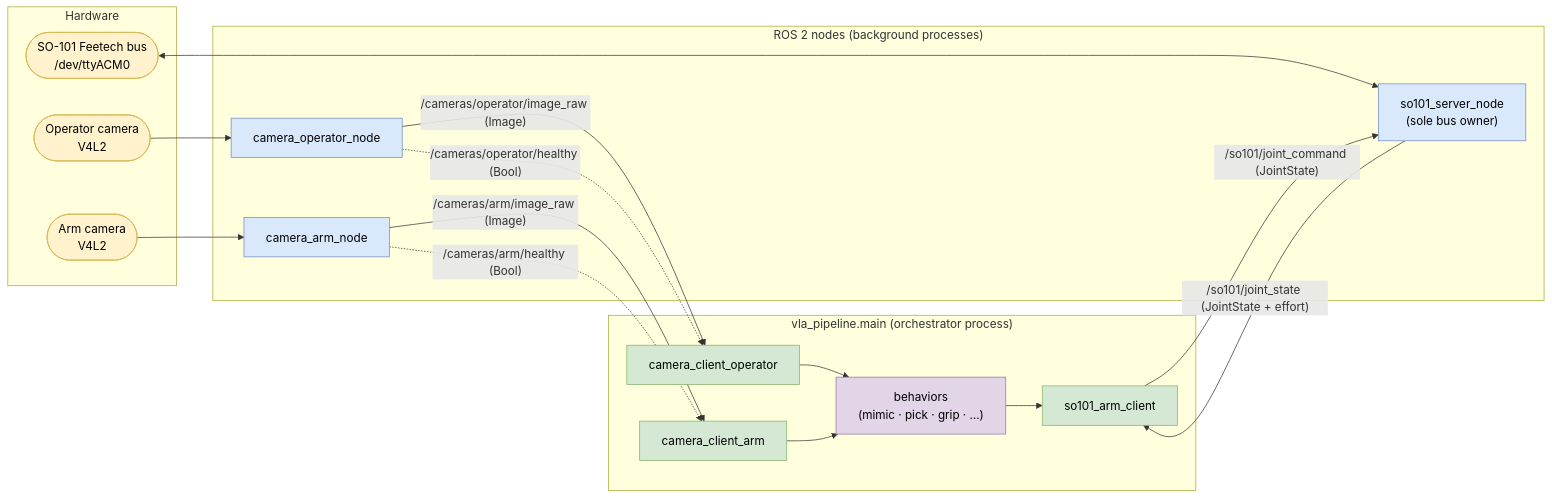
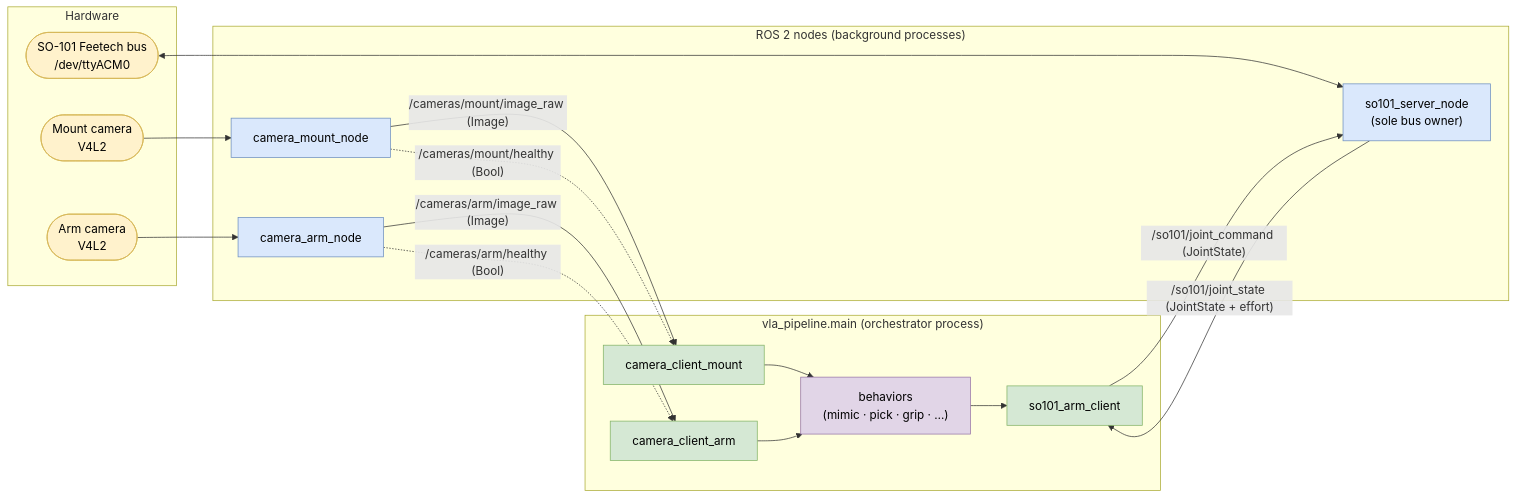
Before and after one commit to ThomasGmeinder/embedded-x86-ai: the third of 3 diagrams in workshops/vvla-pipeline/README.md, drawn with Mermaid. The commit also changed other lines of this file and 62 other files, not shown here.

First line of the commit message:
Restore main's names and safety: "mount" camera, DirectArm, no pick on an uncalibrated real arm

````diff
--- a/workshops/vvla-pipeline/README.md
+++ b/workshops/vvla-pipeline/README.md
@@ -188,42 +188,42 @@
 ```mermaid
 flowchart LR
     subgraph DEVICES["Hardware"]
-        MC([Operator camera<br/>V4L2]):::hw
+        MC([Mount camera<br/>V4L2]):::hw
         AC([Arm camera<br/>V4L2]):::hw
         BUS([SO-101 Feetech bus<br/>/dev/ttyACM0]):::hw
     end
 
     subgraph NODES["ROS 2 nodes (background processes)"]
-        CMN["camera_operator_node"]:::node
+        CMN["camera_mount_node"]:::node
         CAN["camera_arm_node"]:::node
         SRV["so101_server_node<br/>(sole bus owner)"]:::node
     end
 
     subgraph ORCH["vla_pipeline.main (orchestrator process)"]
-        CCM["camera_client_operator"]:::client
+        CCM["camera_client_mount"]:::client
         CCA["camera_client_arm"]:::client
         ARMCL["so101_arm_client"]:::client
         BEH["behaviors<br/>(mimic · pick · grip · …)"]:::beh
     end
 
     MC --> CMN
     AC --> CAN
     BUS <--> SRV
 
-    CMN -->|"/cameras/operator/image_raw (Image)"| CCM
-    CMN -.->|"/cameras/operator/healthy (Bool)"| CCM
+    CMN -->|"/cameras/mount/image_raw (Image)"| CCM
+    CMN -.->|"/cameras/mount/healthy (Bool)"| CCM
     CAN -->|"/cameras/arm/image_raw (Image)"| CCA
     CAN -.->|"/cameras/arm/healthy (Bool)"| CCA
 
     ARMCL -->|"/so101/joint_command (JointState)"| SRV
     SRV -->|"/so101/joint_state (JointState + effort)"| ARMCL
 
     CCM --> BEH
     CCA --> BEH
     BEH --> ARMCL
 
     classDef hw fill:#fff2cc,stroke:#d6b656,color:#000;
     classDef node fill:#dae8fc,stroke:#6c8ebf,color:#000;
     classDef client fill:#d5e8d4,stroke:#82b366,color:#000;
     classDef beh fill:#e1d5e7,stroke:#9673a6,color:#000;
 ```
````
